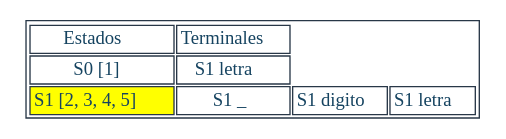
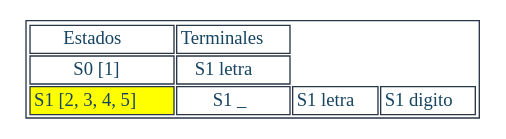
One commit to JeffMendez/OCL_Proyecto1_201901557 changed the diagram in Regexive/archivos/TRANSICIONES_201901557/ExpReg1.dot. Above: the diagram before and after it, drawn with Graphviz. The commit also changed 31 other files, not shown here.

```diff
--- a/Regexive/archivos/TRANSICIONES_201901557/ExpReg1.dot
+++ b/Regexive/archivos/TRANSICIONES_201901557/ExpReg1.dot
@@ -1,14 +1,14 @@
 digraph T {
 aHtmlTable [
    shape=plaintext
    color="#283747" fontcolor="#154360" label=<
 
    <table border='1' cellborder='1'>
    <tr>
       <td>Estados</td>
       <td>Terminales</td>
-   </tr><tr><td>S0 [1]</td><td>S1 letra</td></tr><tr><td bgcolor="yellow"> S1 [2, 3, 4, 5]</td><td>S1 _</td><td>S1 digito</td><td>S1 letra</td></tr></table>
+   </tr><tr><td>S0 [1]</td><td>S1 letra</td></tr><tr><td bgcolor="yellow"> S1 [2, 3, 4, 5]</td><td>S1 _</td><td>S1 letra</td><td>S1 digito</td></tr></table>
 
    >]; 
 
 }
```
